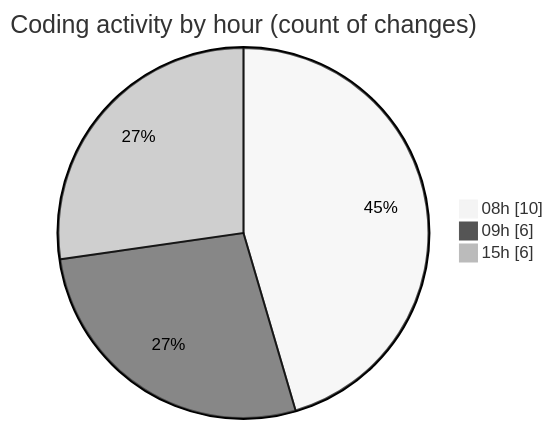
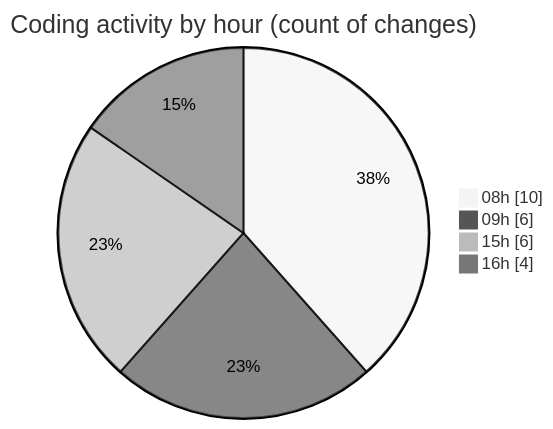
Before and after one commit to ricardozamudiocil/code-tracking: the second of 2 diagrams in 2026-05-19/cilapp/README.md, drawn with Mermaid (neutral theme). The commit also changed other lines of this file and 1 other file, not shown here.

````diff
--- a/2026-05-19/cilapp/README.md
+++ b/2026-05-19/cilapp/README.md
@@ -32,7 +33,8 @@
 ```mermaid
 pie showData
 title Coding activity by hour (count of changes)
 "08h" : 10
 "09h" : 6
 "15h" : 6
+"16h" : 4
 ```
````
